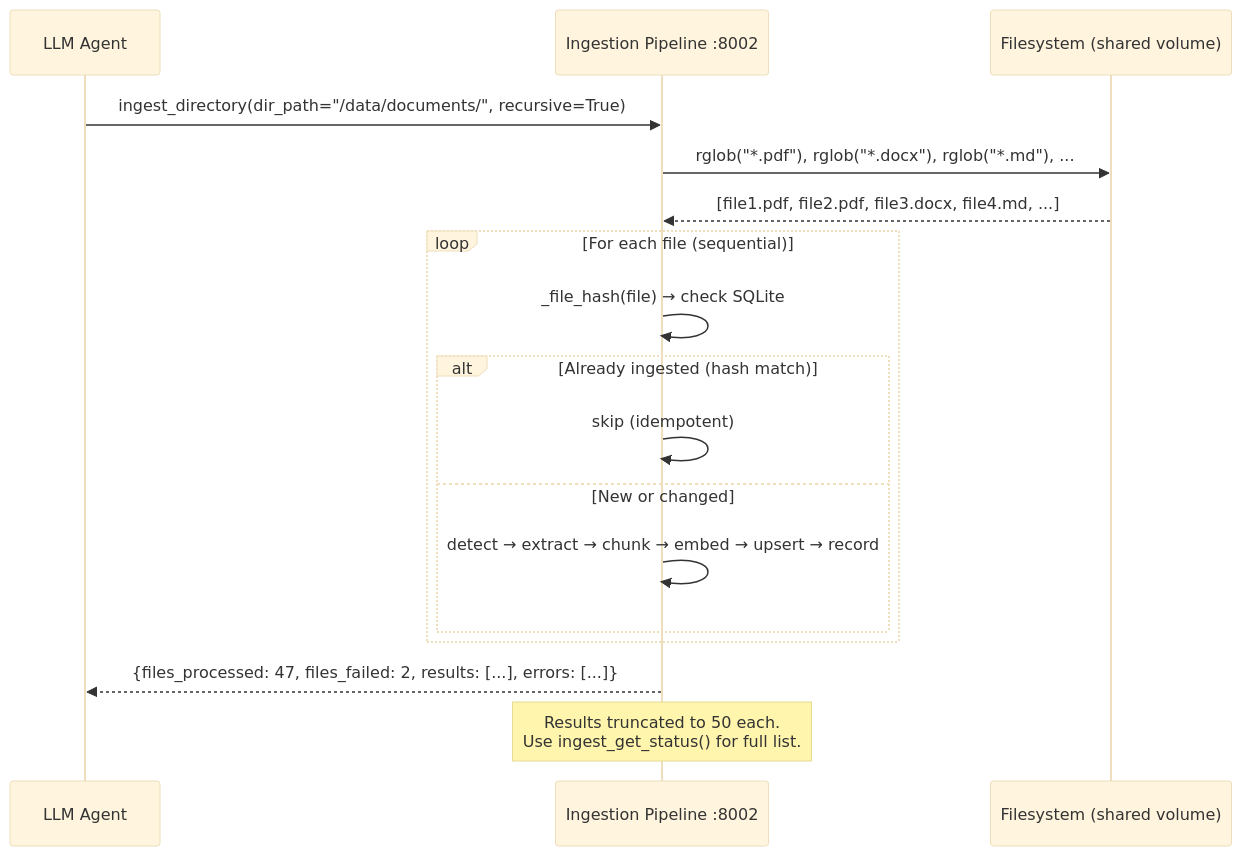
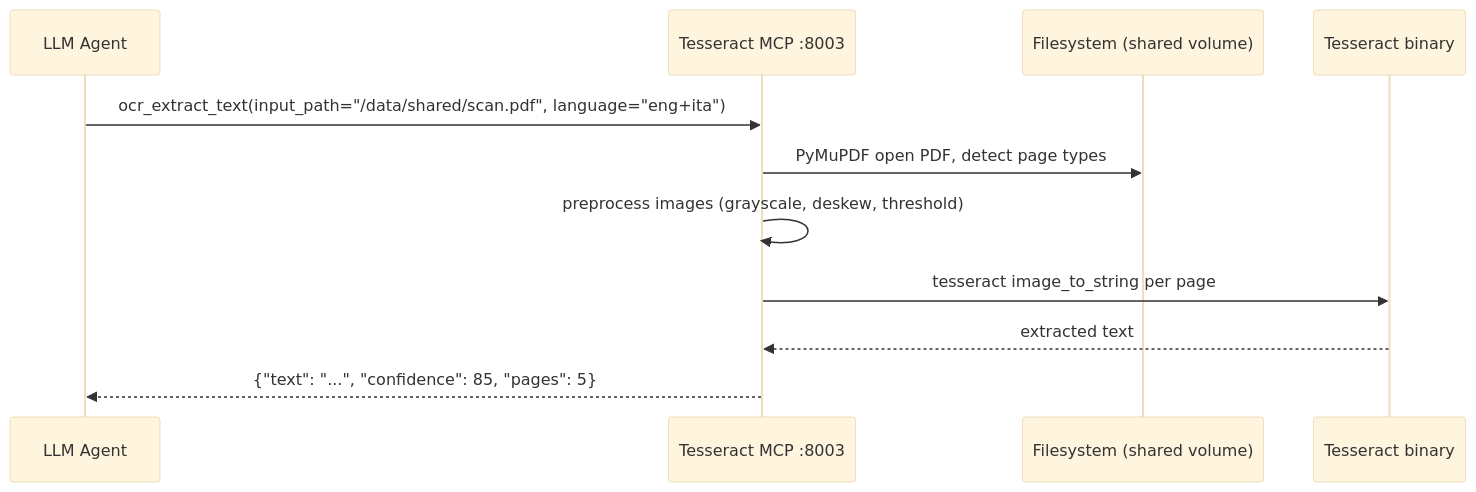
One commit to Michelangelo-Pinto/pinto-llm-wiki changed the fourth of 4 diagrams in doc_v4/architecture/data-flow.md. Above: the diagram before and after it, drawn with Mermaid (base theme). The commit also changed other lines of this file and 34 other files, not shown here.

````diff
--- a/doc_v4/architecture/data-flow.md
+++ b/doc_v4/architecture/data-flow.md
@@ -314,24 +94,14 @@
 ```mermaid
 sequenceDiagram
     participant Agent as LLM Agent
-    participant IMCP as Ingestion Pipeline :8002
+    participant TMCP as Tesseract MCP :8003
     participant FS as Filesystem (shared volume)
+    participant Tess as Tesseract binary
 
-    Agent->>IMCP: ingest_directory(dir_path="/data/documents/", recursive=True)
-
-    IMCP->>FS: rglob("*.pdf"), rglob("*.docx"), rglob("*.md"), ...
-    FS-->>IMCP: [file1.pdf, file2.pdf, file3.docx, file4.md, ...]
-
-    loop For each file (sequential)
-        IMCP->>IMCP: _file_hash(file) → check SQLite
-        alt Already ingested (hash match)
-            IMCP->>IMCP: skip (idempotent)
-        else New or changed
-            IMCP->>IMCP: detect → extract → chunk → embed → upsert → record
-        end
-    end
-
-    IMCP-->>Agent: {files_processed: 47, files_failed: 2, results: [...], errors: [...]}
-
-    Note over IMCP: Results truncated to 50 each.<br/>Use ingest_get_status() for full list.
+    Agent->>TMCP: ocr_extract_text(input_path="/data/shared/scan.pdf", language="eng+ita")
+    TMCP->>FS: PyMuPDF open PDF, detect page types
+    TMCP->>TMCP: preprocess images (grayscale, deskew, threshold)
+    TMCP->>Tess: tesseract image_to_string per page
+    Tess-->>TMCP: extracted text
+    TMCP-->>Agent: {"text": "...", "confidence": 85, "pages": 5}
 ```
````
